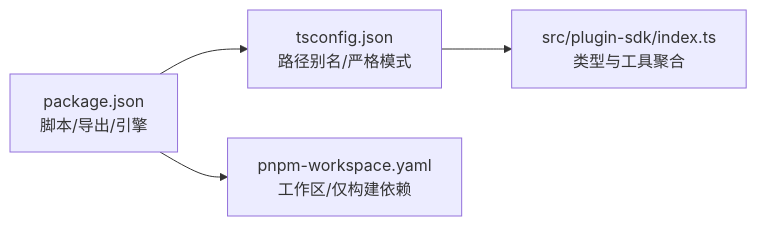
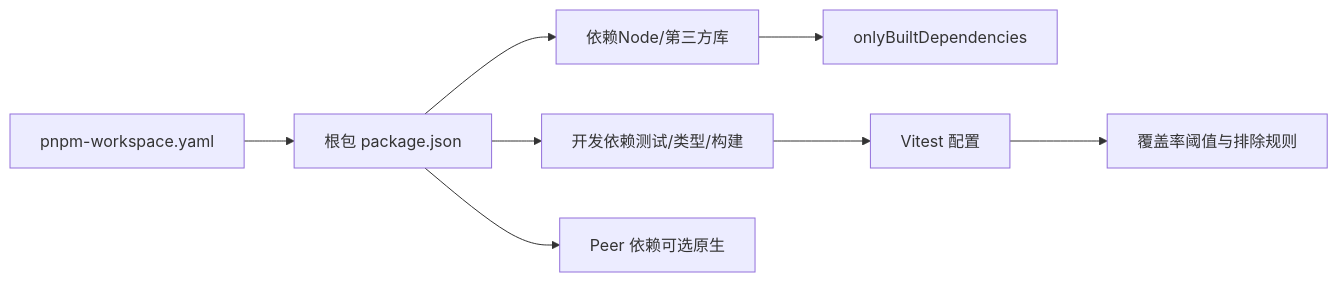
Before and after one commit to botx-work/OpenClaw-Internals: the sixth of 6 diagrams in repowiki/zh/content/开发者指南/开发者指南.md, drawn with Mermaid. The commit also changed other lines of this file and 542 other files, not shown here.

````diff
--- a/repowiki/zh/content/开发者指南/开发者指南.md
+++ b/repowiki/zh/content/开发者指南/开发者指南.md
@@ -193,6 +280,10 @@
 ```mermaid
 graph LR
-Pkg["package.json<br/>脚本/导出/引擎"] --> TS["tsconfig.json<br/>路径别名/严格模式"]
-Pkg --> WS["pnpm-workspace.yaml<br/>工作区/仅构建依赖"]
-TS --> SDK["src/plugin-sdk/index.ts<br/>类型与工具聚合"]
+P["pnpm-workspace.yaml"] --> RootPkg["根包 package.json"]
+RootPkg --> Deps["依赖Node/第三方库"]
+RootPkg --> DevDeps["开发依赖测试/类型/构建"]
+RootPkg --> PeerDeps["Peer 依赖可选原生"]
+Deps --> OnlyBuilt["onlyBuiltDependencies"]
+DevDeps --> Vitest["Vitest 配置"]
+Vitest --> Coverage["覆盖率阈值与排除规则"]
 ```
````
